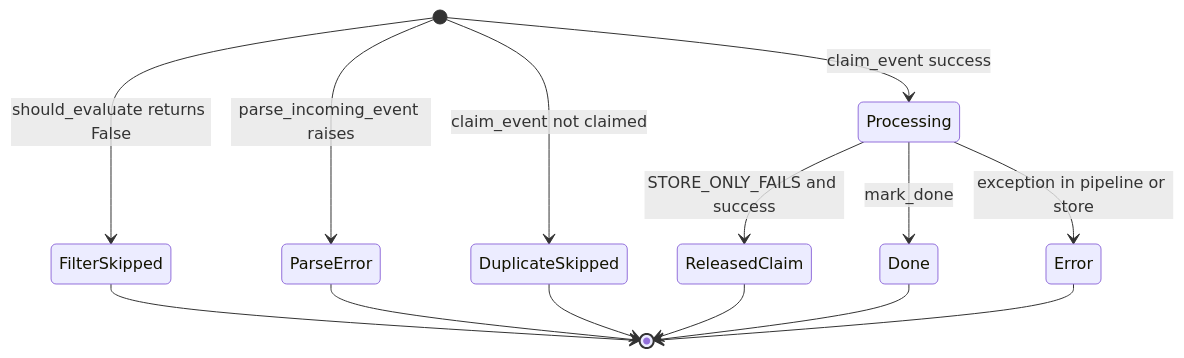
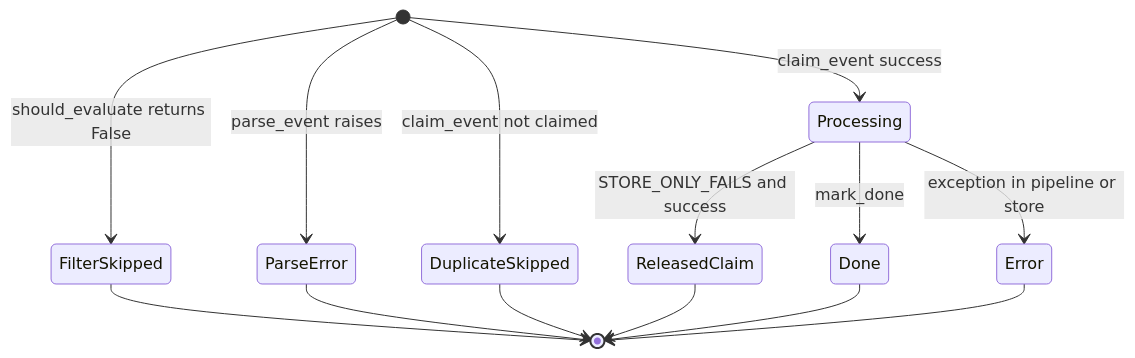
Before and after one commit to JaakkoLipp/Thesis_LLM_DeepEval_OSS: the third of 3 diagrams in docs/uml.md, drawn with Mermaid. The commit also changed other lines of this file and 27 other files, not shown here.

````diff
--- a/docs/uml.md
+++ b/docs/uml.md
@@ -167,18 +191,18 @@
 ```mermaid
 stateDiagram-v2
     [*] --> FilterSkipped: should_evaluate returns False
-    [*] --> ParseError: parse_incoming_event raises
+    [*] --> ParseError: parse_event raises
     [*] --> DuplicateSkipped: claim_event not claimed
     [*] --> Processing: claim_event success
 
     Processing --> ReleasedClaim: STORE_ONLY_FAILS and success
     Processing --> Done: mark_done
     Processing --> Error: exception in pipeline or store
 
     FilterSkipped --> [*]
     ParseError --> [*]
     DuplicateSkipped --> [*]
     ReleasedClaim --> [*]
     Done --> [*]
     Error --> [*]
 ```
````
